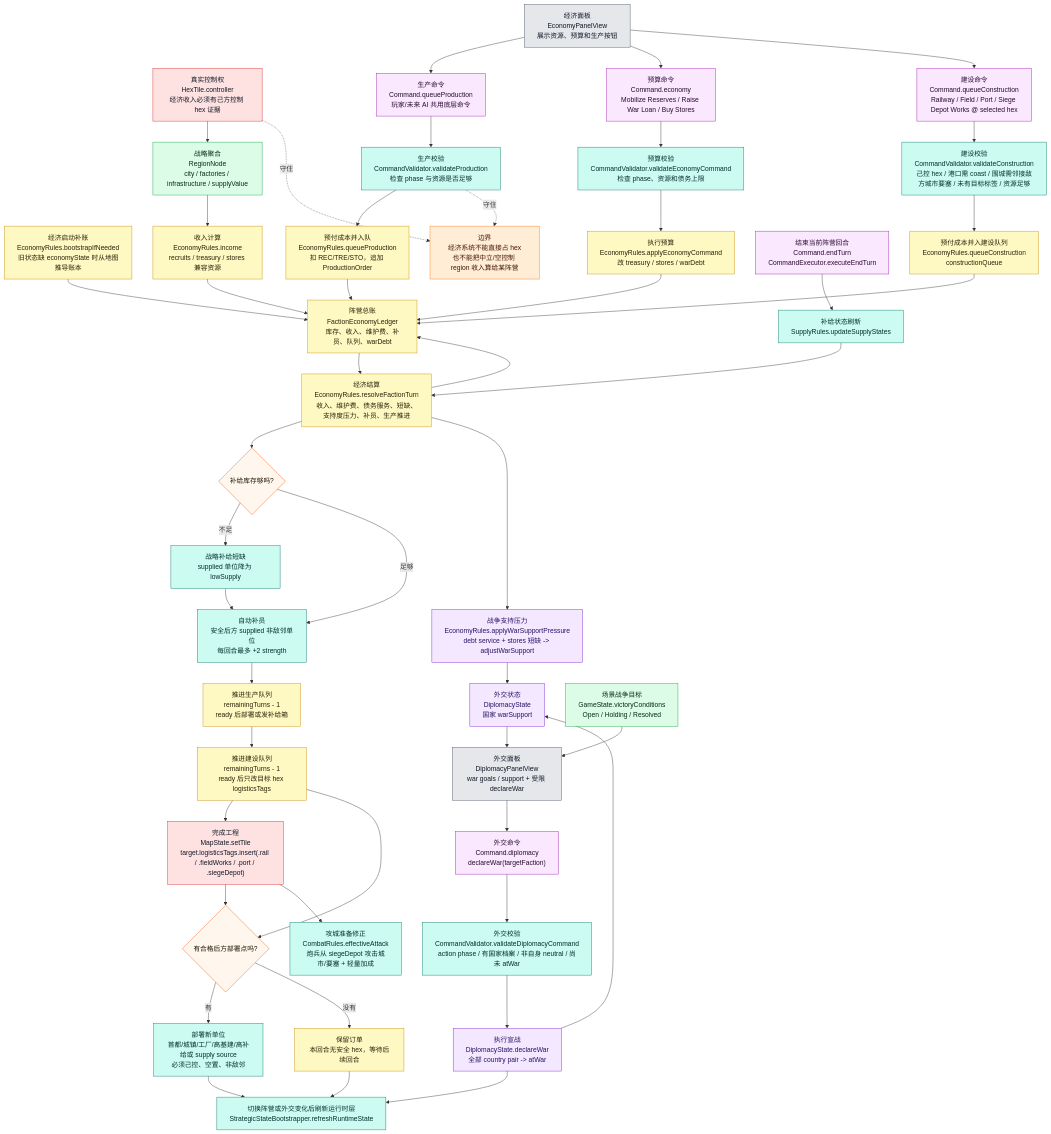
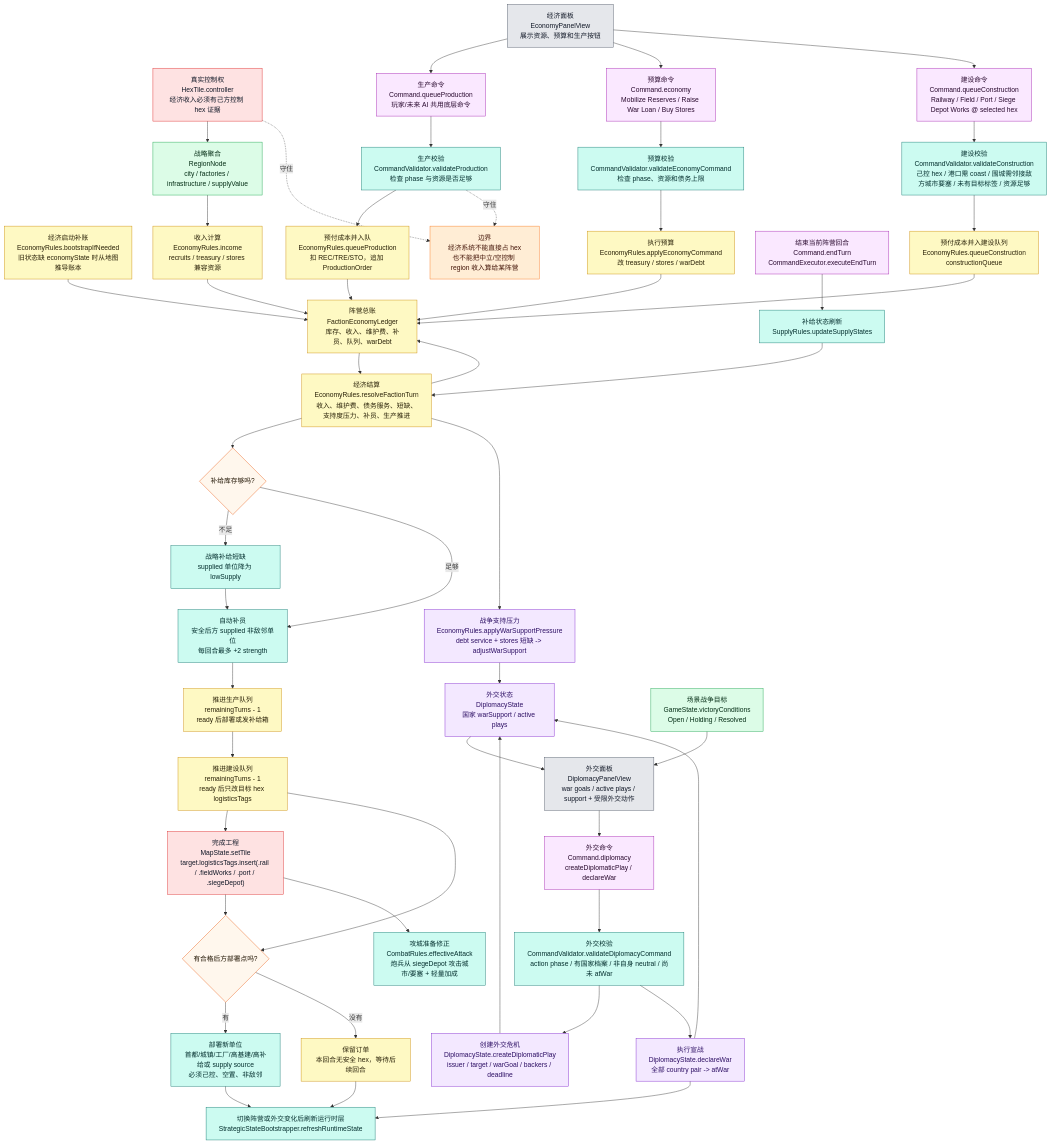
The fourth of 9 diagrams in md/flow/flowchart.md (Altman-sam114/126), drawn with Mermaid before and after one commit. The commit also changed other lines of this file and 9 other files, not shown here.

Commit message:
feat(diplomacy): add diplomatic play records

````diff
--- a/md/flow/flowchart.md
+++ b/md/flow/flowchart.md
@@ -207,79 +207,82 @@
 ```mermaid
 flowchart TD
     BOOT["经济启动补账<br/>EconomyRules.bootstrapIfNeeded<br/>旧状态缺 economyState 时从地图推导账本"]:::economy
     HEX["真实控制权<br/>HexTile.controller<br/>经济收入必须有己方控制 hex 证据"]:::authority
     REGION["战略聚合<br/>RegionNode<br/>city / factories / infrastructure / supplyValue"]:::derived
     INCOME["收入计算<br/>EconomyRules.income<br/>recruits / treasury / stores 兼容资源"]:::economy
     LEDGER["阵营总账<br/>FactionEconomyLedger<br/>库存、收入、维护费、补员、队列、warDebt"]:::economy
 
     UI["经济面板<br/>EconomyPanelView<br/>展示资源、预算和生产按钮"]:::ui
     QUEUE["生产命令<br/>Command.queueProduction<br/>玩家/未来 AI 共用底层命令"]:::command
     VALIDATE["生产校验<br/>CommandValidator.validateProduction<br/>检查 phase 与资源是否足够"]:::rules
     PAY["预付成本并入队<br/>EconomyRules.queueProduction<br/>扣 REC/TRE/STO，追加 ProductionOrder"]:::economy
     BUDGET["预算命令<br/>Command.economy<br/>Mobilize Reserves / Raise War Loan / Buy Stores"]:::command
     BVALID["预算校验<br/>CommandValidator.validateEconomyCommand<br/>检查 phase、资源和债务上限"]:::rules
     APPLYB["执行预算<br/>EconomyRules.applyEconomyCommand<br/>改 treasury / stores / warDebt"]:::economy
     BUILD["建设命令<br/>Command.queueConstruction<br/>Railway / Field / Port / Siege Depot Works @ selected hex"]:::command
     BLDVALID["建设校验<br/>CommandValidator.validateConstruction<br/>己控 hex / 港口需 coast / 围城需邻接敌方城市要塞 / 未有目标标签 / 资源足够"]:::rules
     BLDQUEUE["预付成本并入建设队列<br/>EconomyRules.queueConstruction<br/>constructionQueue"]:::economy
-    DIP["外交状态<br/>DiplomacyState<br/>国家 warSupport"]:::diplomacy
-    DIPCMD["外交命令<br/>Command.diplomacy<br/>declareWar(targetFaction)"]:::command
+    DIP["外交状态<br/>DiplomacyState<br/>国家 warSupport / active plays"]:::diplomacy
+    DIPCMD["外交命令<br/>Command.diplomacy<br/>createDiplomaticPlay / declareWar"]:::command
     DIPVALID["外交校验<br/>CommandValidator.validateDiplomacyCommand<br/>action phase / 有国家档案 / 非自身 neutral / 尚未 atWar"]:::rules
+    DIPPLAY["创建外交危机<br/>DiplomacyState.createDiplomaticPlay<br/>issuer / target / warGoal / backers / deadline"]:::diplomacy
     DIPAPPLY["执行宣战<br/>DiplomacyState.declareWar<br/>全部 country pair -> atWar"]:::diplomacy
 
     END["结束当前阵营回合<br/>Command.endTurn<br/>CommandExecutor.executeEndTurn"]:::command
     SUPPLY["补给状态刷新<br/>SupplyRules.updateSupplyStates"]:::rules
     RESOLVE["经济结算<br/>EconomyRules.resolveFactionTurn<br/>收入、维护费、债务服务、短缺、支持度压力、补员、生产推进"]:::economy
     SHORT{"补给库存够吗?"}:::decision
     LOW["战略补给短缺<br/>supplied 单位降为 lowSupply"]:::rules
     PRESS["战争支持压力<br/>EconomyRules.applyWarSupportPressure<br/>debt service + stores 短缺 -> adjustWarSupport"]:::diplomacy
     REINF["自动补员<br/>安全后方 supplied 非敌邻单位<br/>每回合最多 +2 strength"]:::rules
     PROD["推进生产队列<br/>remainingTurns - 1<br/>ready 后部署或发补给箱"]:::economy
     CONST["推进建设队列<br/>remainingTurns - 1<br/>ready 后只改目标 hex logisticsTags"]:::economy
     DEPLOY{"有合格后方部署点吗?"}:::decision
     SPAWN["部署新单位<br/>首都/城镇/工厂/高基建/高补给或 supply source<br/>必须己控、空置、非敌邻"]:::rules
     WAIT["保留订单<br/>本回合无安全 hex，等待后续回合"]:::economy
     RAIL["完成工程<br/>MapState.setTile<br/>target.logisticsTags.insert(.rail / .fieldWorks / .port / .siegeDepot)"]:::authority
     SIEGE["攻城准备修正<br/>CombatRules.effectiveAttack<br/>炮兵从 siegeDepot 攻击城市/要塞 + 轻量加成"]:::rules
     NEXT["切换阵营或外交变化后刷新运行时层<br/>StrategicStateBootstrapper.refreshRuntimeState"]:::rules
-    DIPUI["外交面板<br/>DiplomacyPanelView<br/>war goals / support + 受限 declareWar"]:::ui
+    DIPUI["外交面板<br/>DiplomacyPanelView<br/>war goals / active plays / support + 受限外交动作"]:::ui
     GOALS["场景战争目标<br/>GameState.victoryConditions<br/>Open / Holding / Resolved"]:::derived
 
     BOOT --> LEDGER
     HEX --> REGION --> INCOME --> LEDGER
     UI --> QUEUE --> VALIDATE --> PAY --> LEDGER
     UI --> BUDGET --> BVALID --> APPLYB --> LEDGER
     UI --> BUILD --> BLDVALID --> BLDQUEUE --> LEDGER
     DIPUI --> DIPCMD
-    DIPCMD --> DIPVALID --> DIPAPPLY --> DIP
+    DIPCMD --> DIPVALID
+    DIPVALID --> DIPPLAY --> DIP
+    DIPVALID --> DIPAPPLY --> DIP
     DIPAPPLY --> NEXT
     GOALS --> DIPUI
     DIP --> DIPUI
     END --> SUPPLY --> RESOLVE
     LEDGER --> RESOLVE
     RESOLVE --> SHORT
     RESOLVE --> PRESS --> DIP
     SHORT -->|不足| LOW --> REINF
     SHORT -->|足够| REINF
     REINF --> PROD --> CONST
     CONST --> RAIL --> DEPLOY
     RAIL --> SIEGE
     CONST --> DEPLOY
     DEPLOY -->|有| SPAWN --> NEXT
     DEPLOY -->|没有| WAIT --> NEXT
     RESOLVE --> LEDGER
 
     WARN["边界<br/>经济系统不能直接占 hex<br/>也不能把中立/空控制 region 收入算给某阵营"]:::warn
     HEX -.守住.-> WARN
     VALIDATE -.守住.-> WARN
 
     classDef authority fill:#fee2e2,stroke:#dc2626,color:#111827
     classDef derived fill:#dcfce7,stroke:#16a34a,color:#052e16
     classDef economy fill:#fef9c3,stroke:#ca8a04,color:#292107
     classDef diplomacy fill:#f3e8ff,stroke:#7e22ce,color:#2e1065
     classDef command fill:#fae8ff,stroke:#a21caf,color:#2a0a2f
     classDef rules fill:#ccfbf1,stroke:#0f766e,color:#042f2e
     classDef decision fill:#fff7ed,stroke:#ea580c,color:#1f1300
     classDef ui fill:#e5e7eb,stroke:#4b5563,color:#111827
     classDef warn fill:#ffedd5,stroke:#f97316,color:#431407
 ```
````
